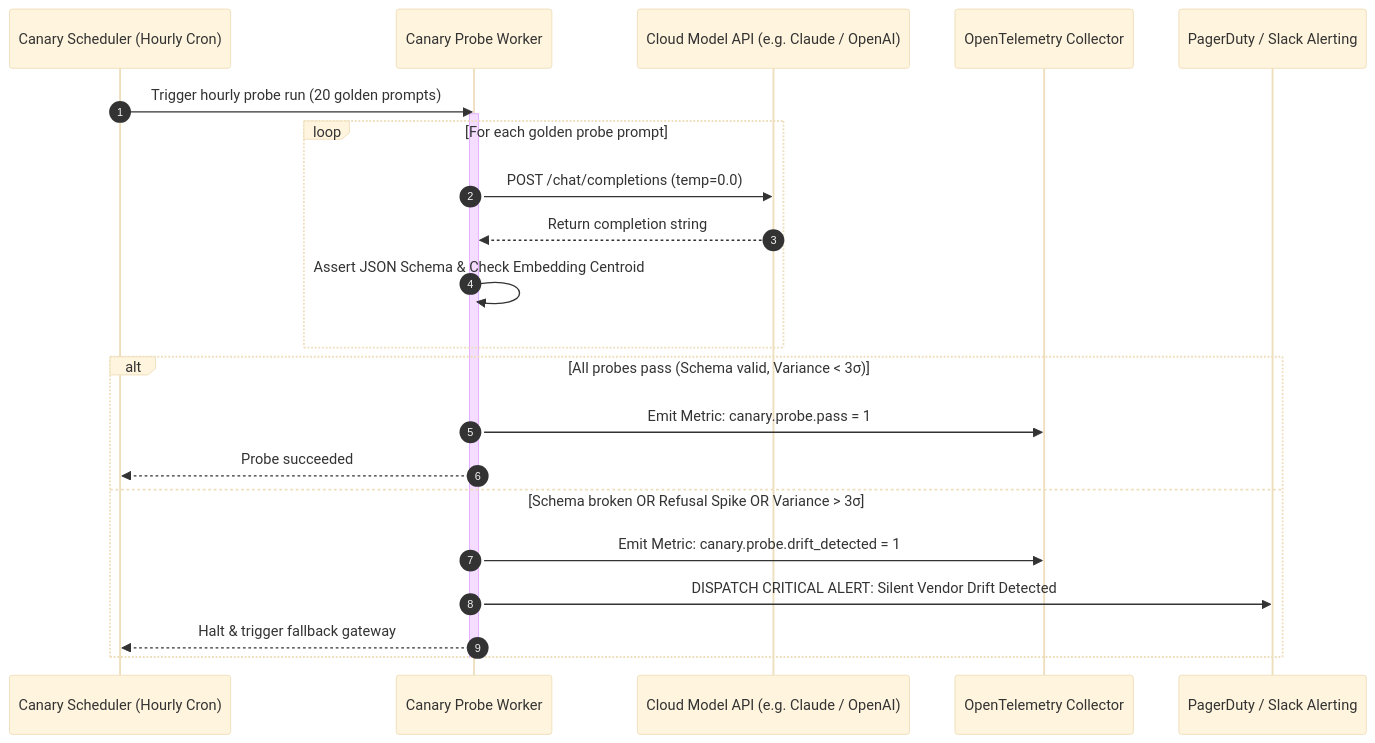
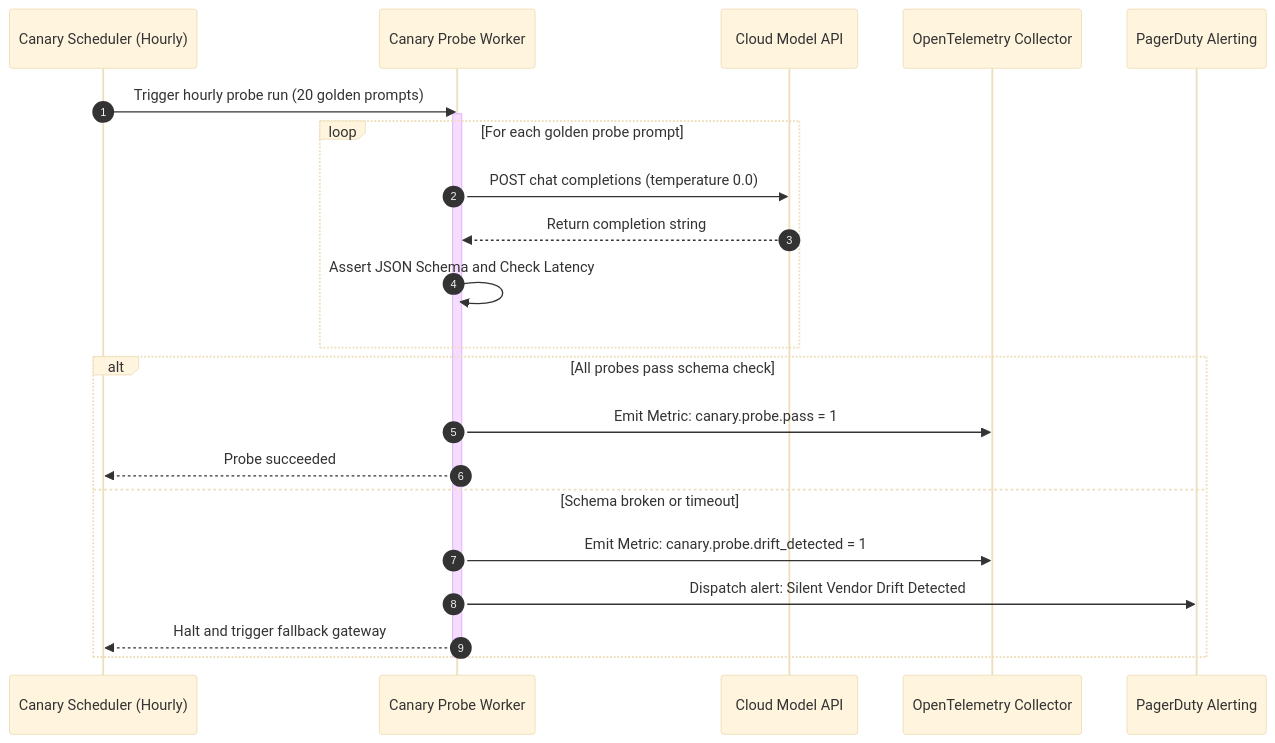
The second of 2 diagrams in 06-evals-and-observability/07-continuous-monitoring-drift-detection-and-canaries.md (dip4k/senior-engineer-to-ai-engineer-roadmap), drawn with Mermaid (base theme) before and after one commit. The commit also changed other lines of this file and 10 other files, not shown here.

````diff
--- a/06-evals-and-observability/07-continuous-monitoring-drift-detection-and-canaries.md
+++ b/06-evals-and-observability/07-continuous-monitoring-drift-detection-and-canaries.md
@@ -321,28 +372,28 @@
 ```mermaid
 sequenceDiagram
     autonumber
-    participant Cron as Canary Scheduler (Hourly Cron)
+    participant Cron as Canary Scheduler (Hourly)
     participant Worker as Canary Probe Worker
-    participant Provider as Cloud Model API (e.g. Claude / OpenAI)
+    participant Provider as Cloud Model API
     participant OTel as OpenTelemetry Collector
-    participant Alert as PagerDuty / Slack Alerting
+    participant Alert as PagerDuty Alerting
 
     Cron->>Worker: Trigger hourly probe run (20 golden prompts)
     activate Worker
 
     loop For each golden probe prompt
-        Worker->>Provider: POST /chat/completions (temp=0.0)
+        Worker->>Provider: POST chat completions (temperature 0.0)
         Provider-->>Worker: Return completion string
-        Worker->>Worker: Assert JSON Schema & Check Embedding Centroid
+        Worker->>Worker: Assert JSON Schema and Check Latency
     end
 
-    alt All probes pass (Schema valid, Variance < 3σ)
+    alt All probes pass schema check
         Worker->>OTel: Emit Metric: canary.probe.pass = 1
         Worker-->>Cron: Probe succeeded
-    else Schema broken OR Refusal Spike OR Variance > 3σ
+    else Schema broken or timeout
         Worker->>OTel: Emit Metric: canary.probe.drift_detected = 1
-        Worker->>Alert: DISPATCH CRITICAL ALERT: Silent Vendor Drift Detected
-        Worker-->>Cron: Halt & trigger fallback gateway
+        Worker->>Alert: Dispatch alert: Silent Vendor Drift Detected
+        Worker-->>Cron: Halt and trigger fallback gateway
     end
     deactivate Worker
 ```
````
